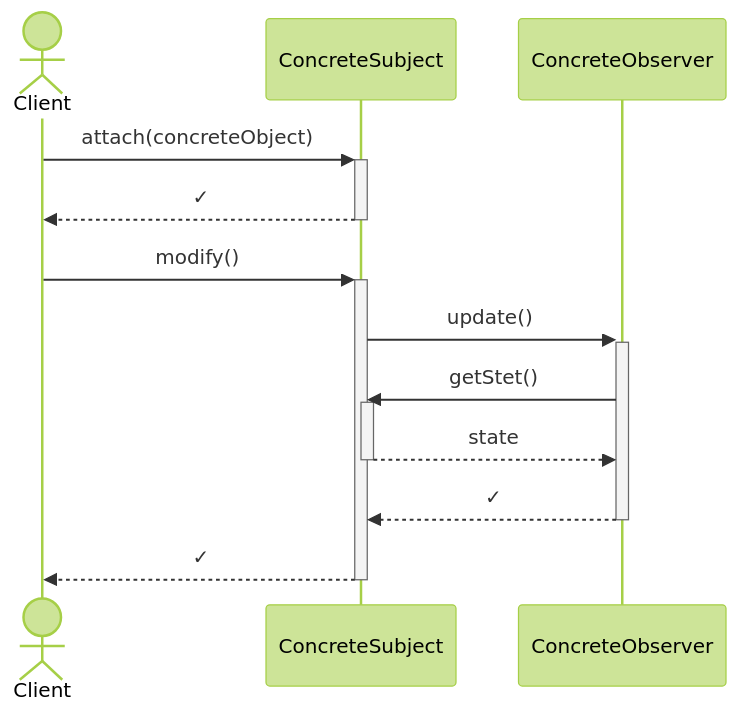
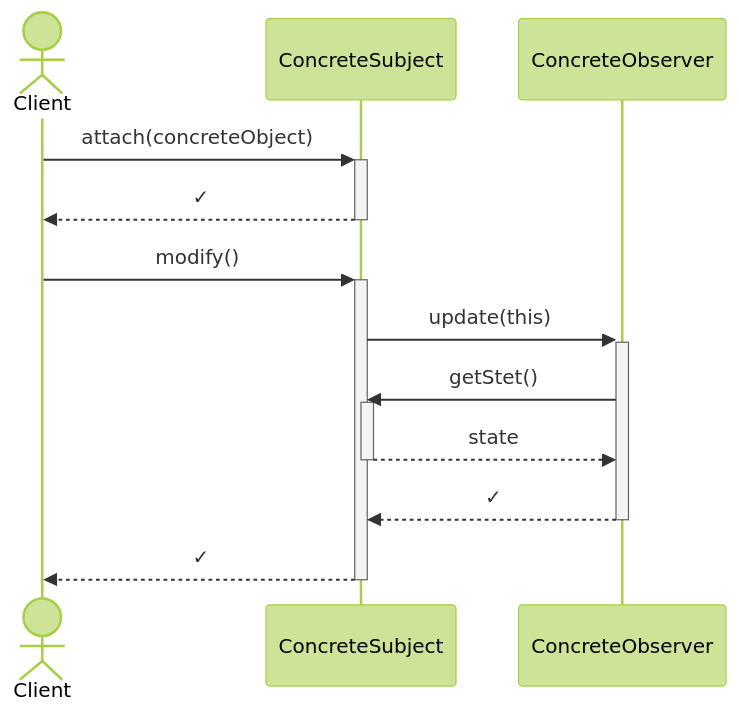
Before and after one commit to TendTo/Tutorato-Ingegneria-del-Software: the second of 5 diagrams in lezioni/9-Observer, Composite, Strategy/README.md, drawn with Mermaid (forest theme). The commit also changed other lines of this file and 13 other files, not shown here.

Commit message:
fix(lezioni-9): rename examples, fix schema

````diff
--- a/lezioni/9-Observer, Composite, Strategy/README.md
+++ b/lezioni/9-Observer, Composite, Strategy/README.md
@@ -71,15 +71,15 @@
 ```mermaid
 sequenceDiagram
 actor c as Client
 participant S as ConcreteSubject
 participant O as ConcreteObserver
 
 c ->>+ S : attach(concreteObject)
 S -->>- c : #10003;
 c ->>+ S : modify()
-S ->>+ O : update()
+S ->>+ O : update(this)
 O ->>+ S : getStet()
 S -->>- O : state
 O -->>- S : #10003;
 S -->>- c : #10003;
 ```
````
